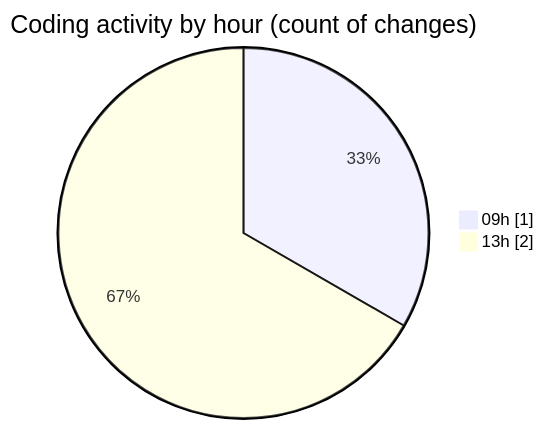
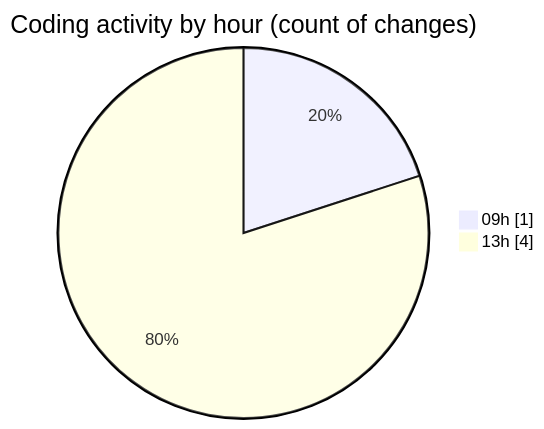
The second of 2 diagrams in 2025-03-05/termoa-central/README.md (robertbonfada/code-tracking), drawn with Mermaid before and after one commit. The commit also changed other lines of this file and 1 other file, not shown here.

````diff
--- a/2025-03-05/termoa-central/README.md
+++ b/2025-03-05/termoa-central/README.md
@@ -31,6 +31,6 @@
 ```mermaid
 pie showData
 title Coding activity by hour (count of changes)
 "09h" : 1
-"13h" : 2
+"13h" : 4
 ```
````
